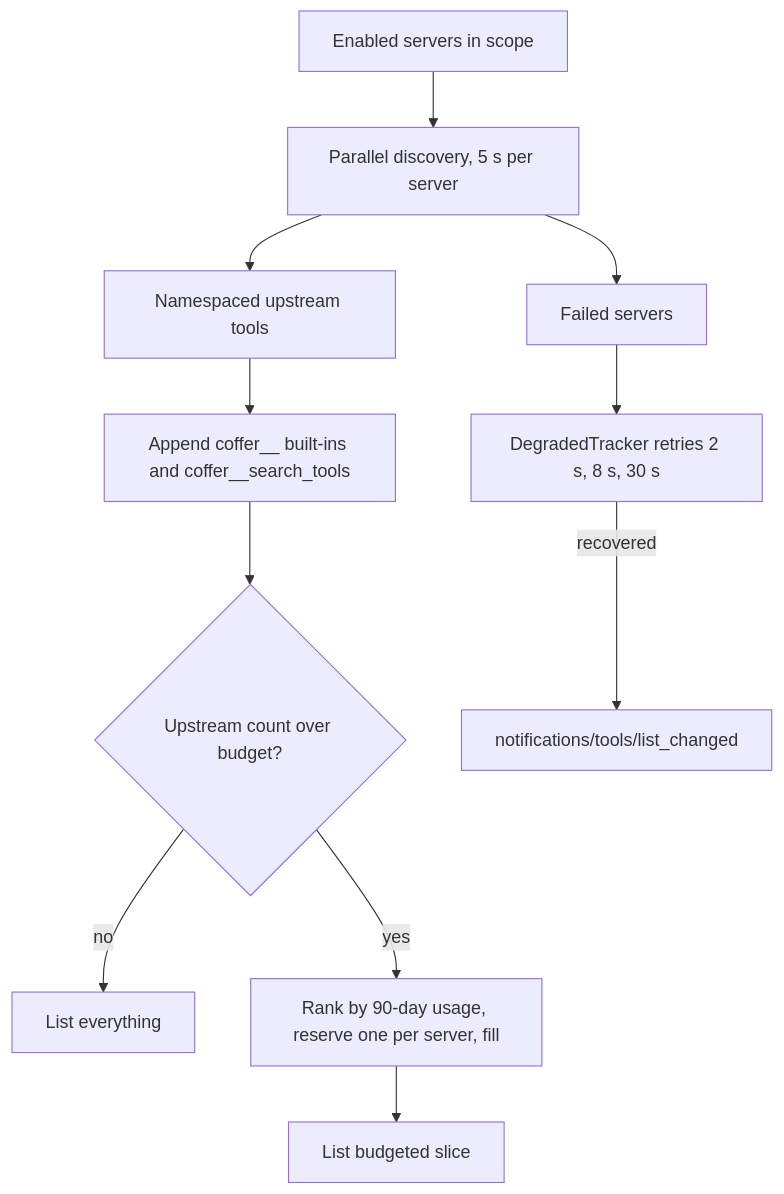
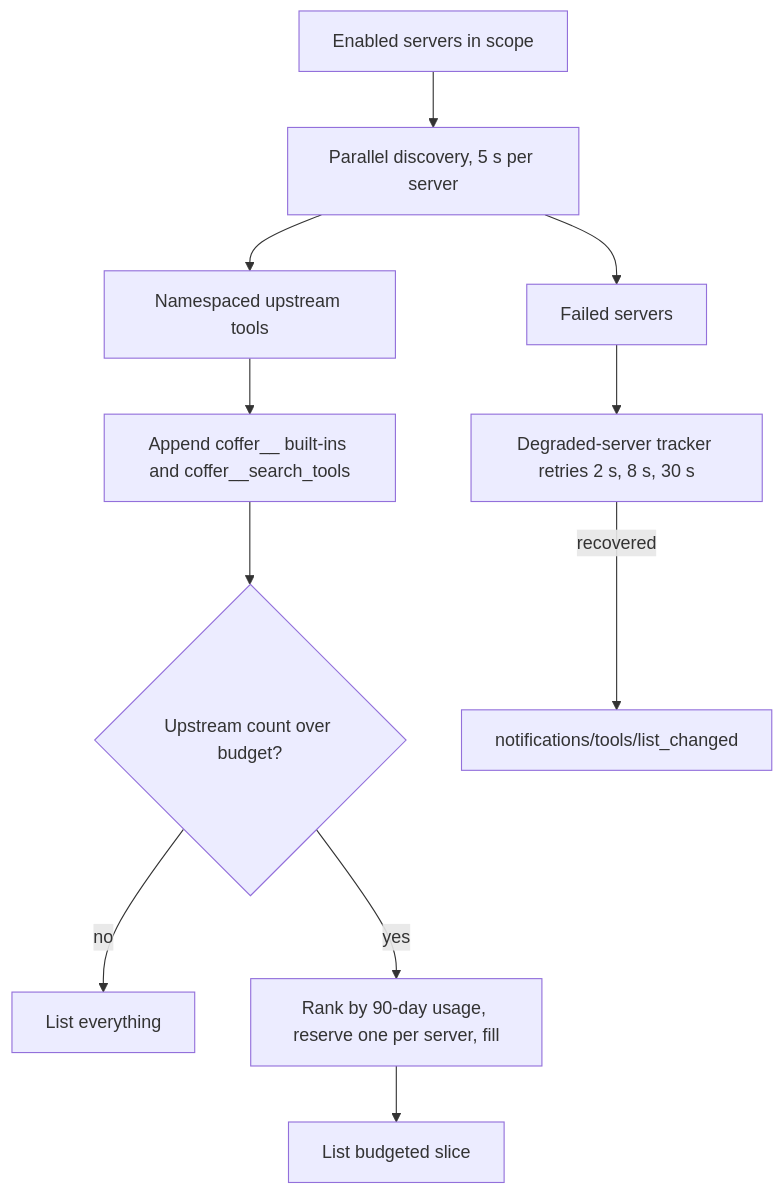
Before and after one commit to wyx-sg/Coffer: the second of 4 diagrams in docs-site/architecture/mcp-gateway.md, drawn with Mermaid. The commit also changed other lines of this file and 29 other files, not shown here.

First line of the commit message:
docs(site): explain the architecture in plain terms, without source detail

````diff
--- a/docs-site/architecture/mcp-gateway.md
+++ b/docs-site/architecture/mcp-gateway.md
@@ -120,13 +120,13 @@
 ```mermaid
 flowchart TD
   A["Enabled servers in scope"] --> B["Parallel discovery, 5 s per server"]
   B --> C["Namespaced upstream tools"]
   B --> F["Failed servers"]
   C --> D["Append coffer__ built-ins and coffer__search_tools"]
   D --> E{"Upstream count over budget?"}
   E -->|no| L["List everything"]
   E -->|yes| T["Rank by 90-day usage, reserve one per server, fill"]
   T --> L2["List budgeted slice"]
-  F --> R["DegradedTracker retries 2 s, 8 s, 30 s"]
+  F --> R["Degraded-server tracker retries 2 s, 8 s, 30 s"]
   R -->|recovered| N["notifications/tools/list_changed"]
 ```
````
